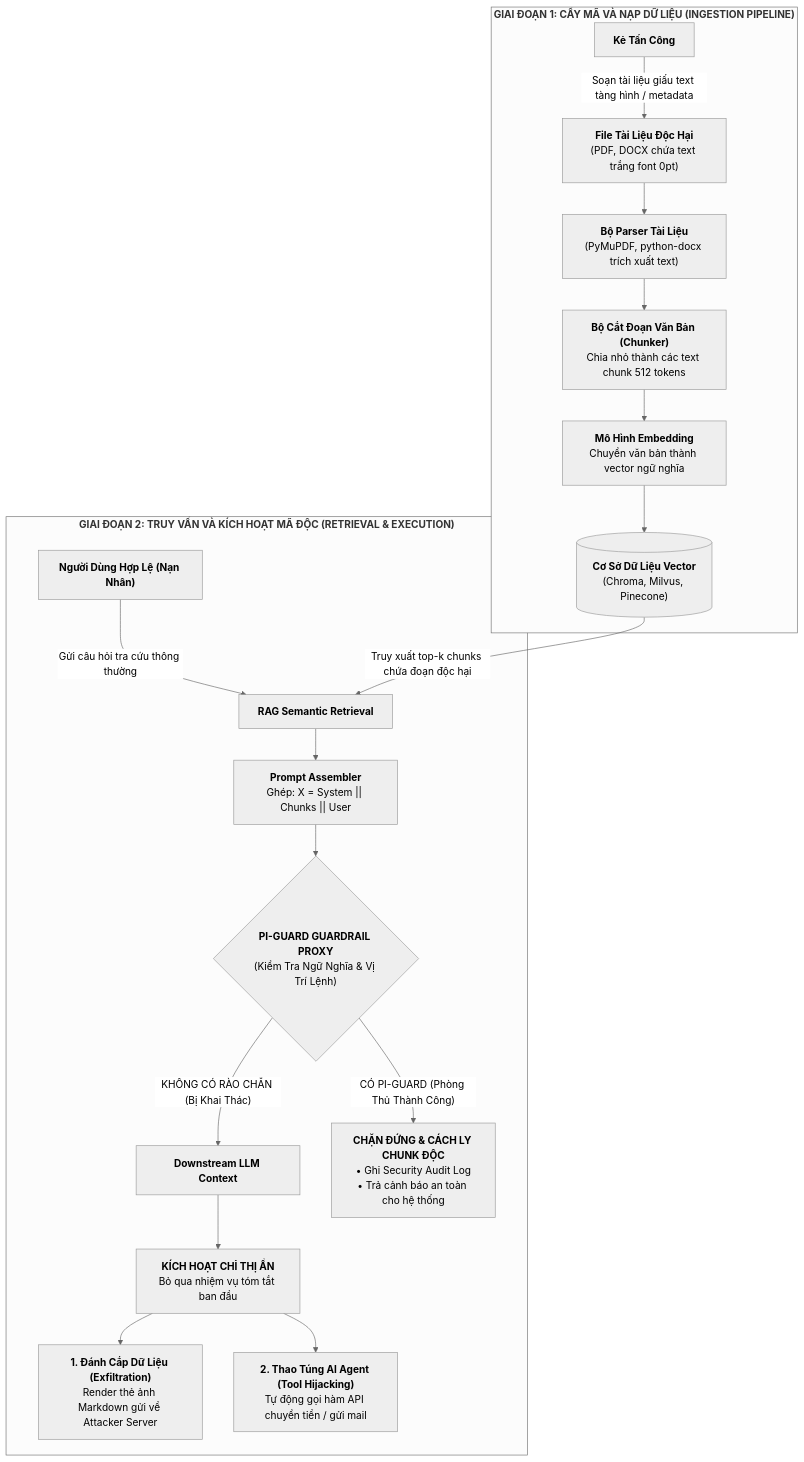
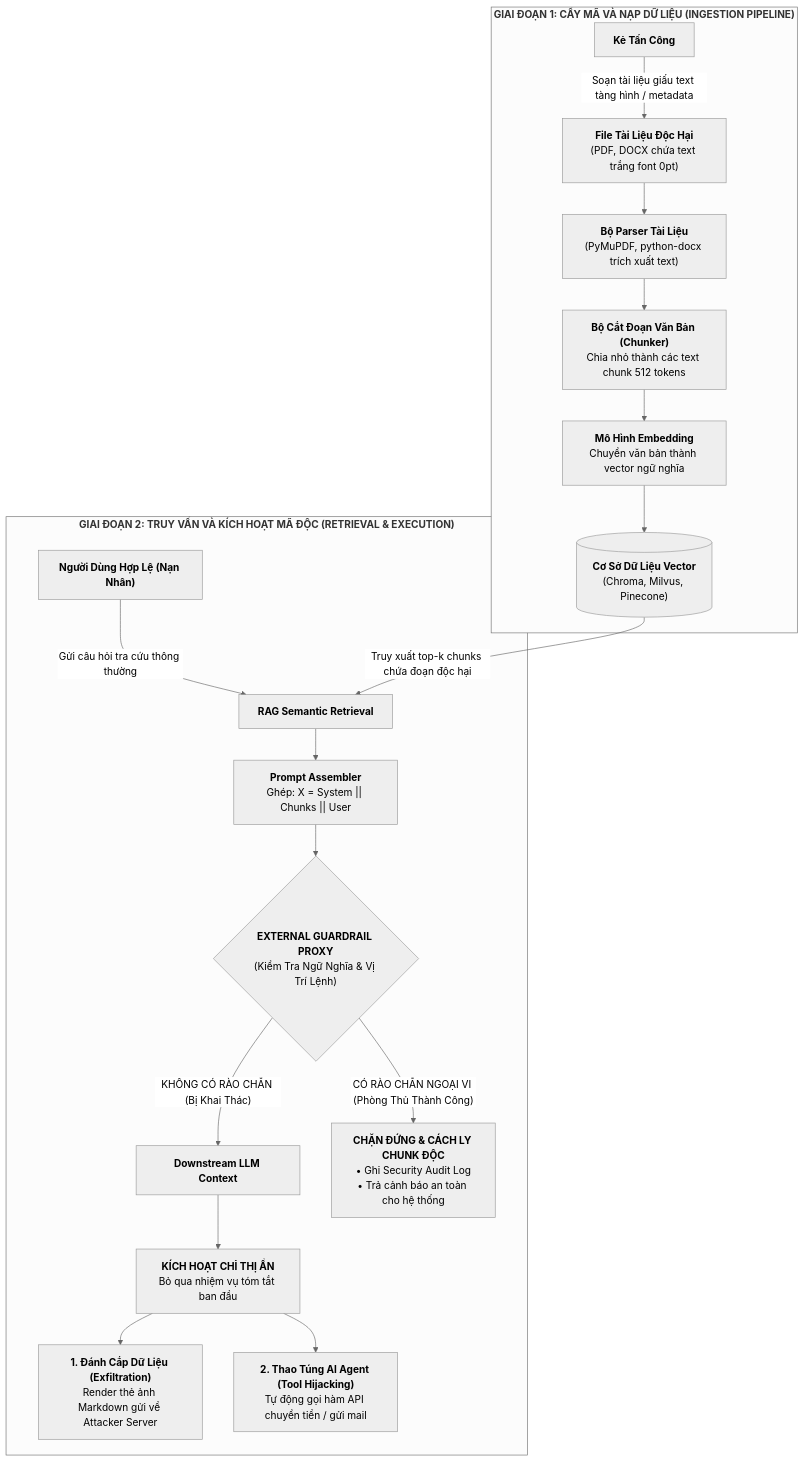
Before and after one commit to nvtruongops/pi-guard: the second of 3 diagrams in workspaces/truongnv/reports/task_for_meeting_4/TASK_2_ATTACK_VECTORS_AND_MODELS.md, drawn with Mermaid (neutral theme). The commit also changed other lines of this file and 4 other files, not shown here.

````diff
--- a/workspaces/truongnv/reports/task_for_meeting_4/TASK_2_ATTACK_VECTORS_AND_MODELS.md
+++ b/workspaces/truongnv/reports/task_for_meeting_4/TASK_2_ATTACK_VECTORS_AND_MODELS.md
@@ -179,26 +179,26 @@
 ```mermaid
 flowchart TD
     subgraph Ingestion["<b>GIAI ĐOẠN 1: CẤY MÃ VÀ NẠP DỮ LIỆU (INGESTION PIPELINE)</b>"]
         Attacker["<b>Kẻ Tấn Công</b>"] -->|Soạn tài liệu giấu text tàng hình / metadata| MalDoc["<b>File Tài Liệu Độc Hại</b><br/>(PDF, DOCX chứa text trắng font 0pt)"]
         MalDoc --> Parser["<b>Bộ Parser Tài Liệu</b><br/>(PyMuPDF, python-docx trích xuất text)"]
         Parser --> Chunker["<b>Bộ Cắt Đoạn Văn Bản (Chunker)</b><br/>Chia nhỏ thành các text chunk 512 tokens"]
         Chunker --> Embedder["<b>Mô Hình Embedding</b><br/>Chuyển văn bản thành vector ngữ nghĩa"]
         Embedder --> VectorDB[("<b>Cơ Sở Dữ Liệu Vector</b><br/>(Chroma, Milvus, Pinecone)")]
     end
 
     subgraph QueryExecution["<b>GIAI ĐOẠN 2: TRUY VẤN VÀ KÍCH HOẠT MÃ ĐỘC (RETRIEVAL & EXECUTION)</b>"]
         Victim["<b>Người Dùng Hợp Lệ (Nạn Nhân)</b>"] -->|Gửi câu hỏi tra cứu thông thường| Search["<b>RAG Semantic Retrieval</b>"]
         VectorDB -->|Truy xuất top-k chunks chứa đoạn độc hại| Search
         Search --> Assembler["<b>Prompt Assembler</b><br/>Ghép: X = System || Chunks || User"]
         
-        Assembler --> GuardCheck{"<b>PI-GUARD GUARDRAIL PROXY</b><br/>(Kiểm Tra Ngữ Nghĩa & Vị Trí Lệnh)"}
+        Assembler --> GuardCheck{"<b>EXTERNAL GUARDRAIL PROXY</b><br/>(Kiểm Tra Ngữ Nghĩa & Vị Trí Lệnh)"}
         
         GuardCheck -- "KHÔNG CÓ RÀO CHẮN (Bị Khai Thác)" --> LLM["<b>Downstream LLM Context</b>"]
         LLM --> Trigger["<b>KÍCH HOẠT CHỈ THỊ ẨN</b><br/>Bỏ qua nhiệm vụ tóm tắt ban đầu"]
         
         Trigger --> Exfil["<b>1. Đánh Cắp Dữ Liệu (Exfiltration)</b><br/>Render thẻ ảnh Markdown gửi về Attacker Server"]
         Trigger --> ToolCall["<b>2. Thao Túng AI Agent (Tool Hijacking)</b><br/>Tự động gọi hàm API chuyển tiền / gửi mail"]
         
-        GuardCheck -- "CÓ PI-GUARD (Phòng Thủ Thành Công)" --> Drop["<b>CHẶN ĐỨNG & CÁCH LY CHUNK ĐỘC</b><br/>• Ghi Security Audit Log<br/>• Trả cảnh báo an toàn cho hệ thống"]
+        GuardCheck -- "CÓ RÀO CHẮN NGOẠI VI (Phòng Thủ Thành Công)" --> Drop["<b>CHẶN ĐỨNG & CÁCH LY CHUNK ĐỘC</b><br/>• Ghi Security Audit Log<br/>• Trả cảnh báo an toàn cho hệ thống"]
     end
 ```
````
